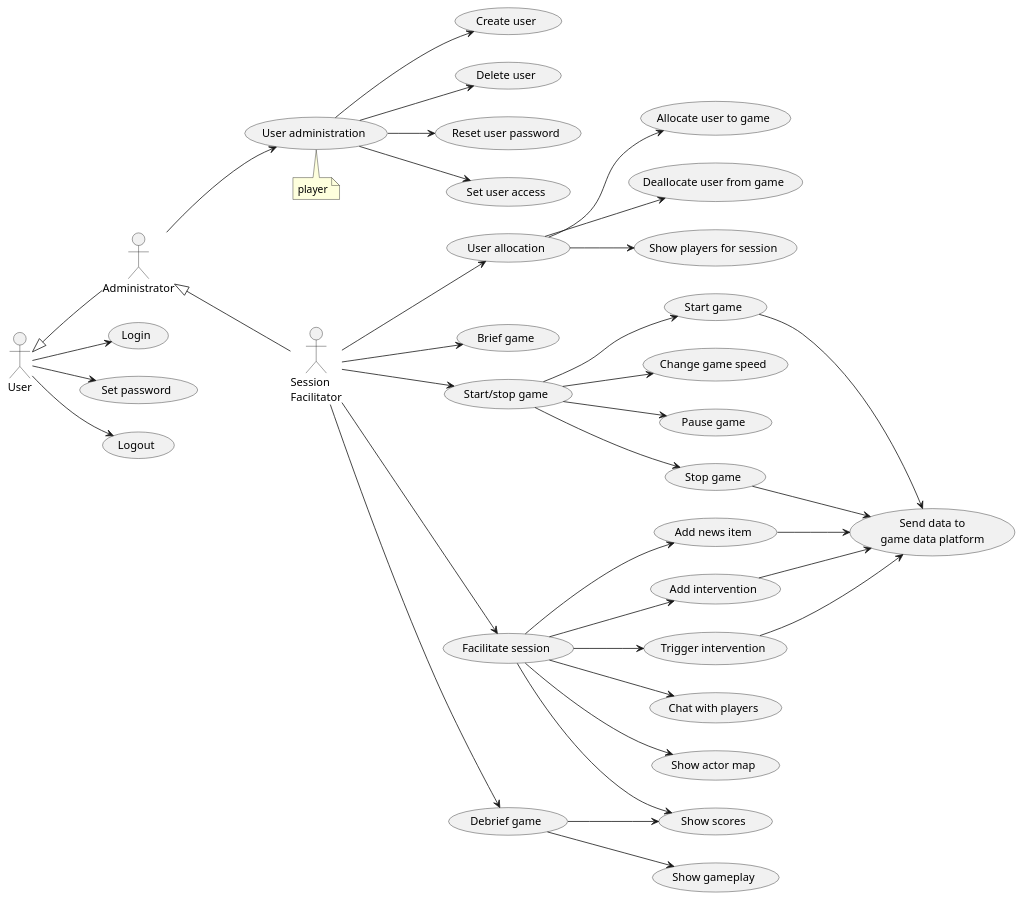
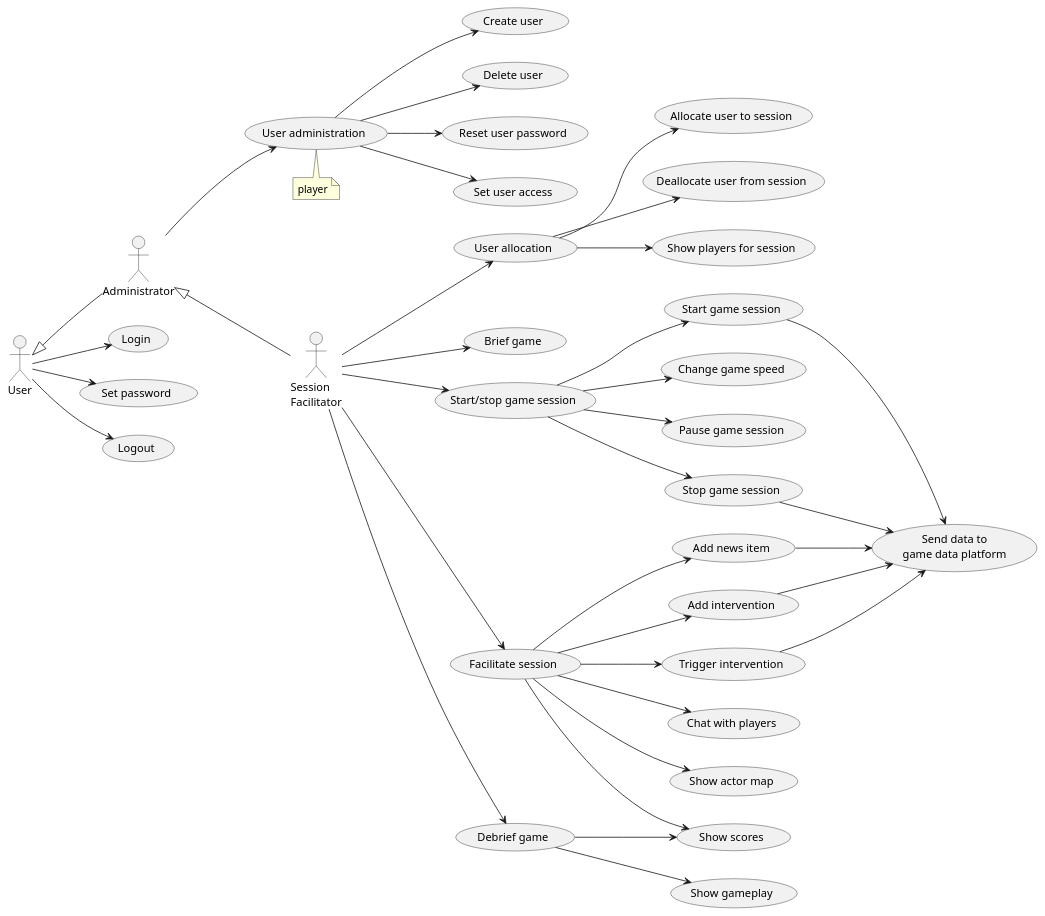
One commit to averbraeck/gscg-design changed the diagram in doc/2-use-cases/diagrams/session-facilitation.puml. Above: the diagram before and after it, drawn with PlantUML.

Commit message:
Issue #21. The session facilitator is only dealing with game sessions

```diff
--- a/doc/2-use-cases/diagrams/session-facilitation.puml
+++ b/doc/2-use-cases/diagrams/session-facilitation.puml
@@ -1,53 +1,53 @@
 @startuml
 left to right direction
  
 "Session\nFacilitator" as SF
 User <|-- Administrator
 Administrator <|-- SF
 
 User --> (Login)
 User --> (Set password)
 User --> (Logout)
 
 Administrator --> (User administration)
 note bottom
   player
 end note
 
 (User administration) --> (Create user)
 (User administration) --> (Delete user)
 (User administration) --> (Reset user password)
 (User administration) --> (Set user access)
 
 SF --> (User allocation)
-(User allocation) --> (Allocate user to game)
-(User allocation) --> (Deallocate user from game)
+(User allocation) --> (Allocate user to session)
+(User allocation) --> (Deallocate user from session)
 (User allocation) --> (Show players for session)
 
 SF --> (Brief game)
 
-SF --> (Start/stop game)
-(Start/stop game) --> (Start game)
-(Start/stop game) --> (Change game speed)
-(Start/stop game) --> (Pause game)
-(Start/stop game) --> (Stop game)
+SF --> (Start/stop game session)
+(Start/stop game session) --> (Start game session)
+(Start/stop game session) --> (Change game speed)
+(Start/stop game session) --> (Pause game session)
+(Start/stop game session) --> (Stop game session)
 
 SF --> (Facilitate session)
 (Facilitate session) --> (Add news item)
 (Facilitate session) --> (Add intervention)
 (Facilitate session) --> (Trigger intervention)
 (Facilitate session) --> (Chat with players)
 (Facilitate session) --> (Show actor map)
 (Facilitate session) --> (Show scores)
 
-(Start game) --> (Send data to\ngame data platform)
+(Start game session) --> (Send data to\ngame data platform)
 (Add news item) --> (Send data to\ngame data platform)
 (Add intervention) --> (Send data to\ngame data platform)
 (Trigger intervention) --> (Send data to\ngame data platform)
-(Stop game) --> (Send data to\ngame data platform)
+(Stop game session) --> (Send data to\ngame data platform)
 
 SF --> (Debrief game)
 (Debrief game) --> (Show scores)
 (Debrief game) --> (Show gameplay)
 
 @enduml
```
